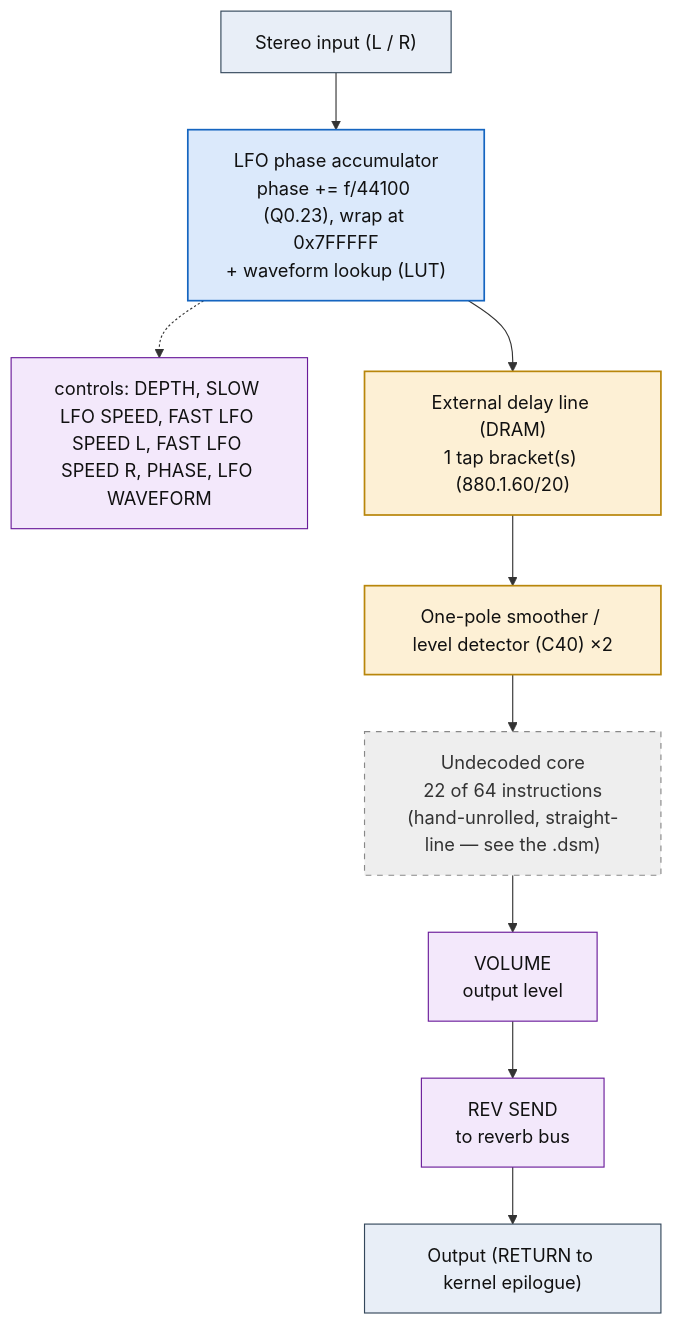
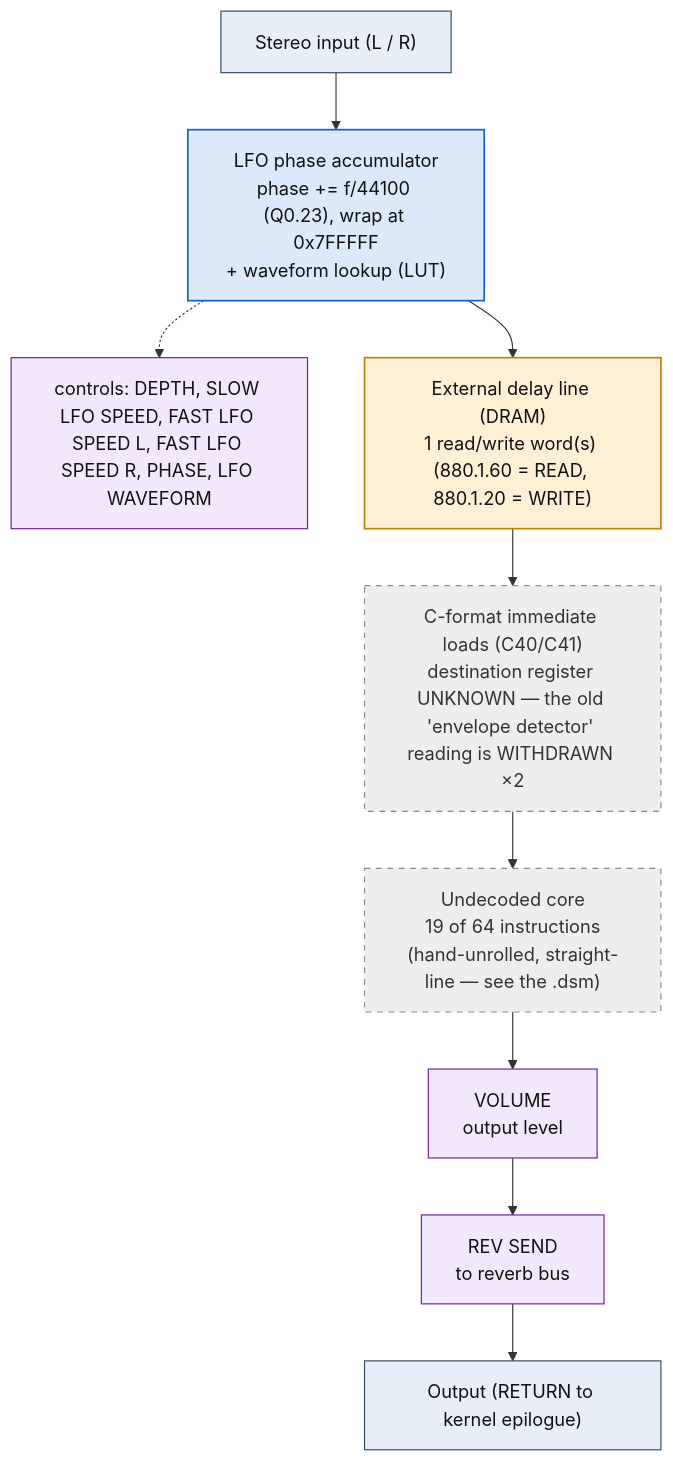
Before and after one commit to ArqueologiaDigital/KN5000-docs: the diagram in flowcharts/prog56_mix_up.md, drawn with Mermaid. The commit also changed other lines of this file and 38 other files, not shown here.

First line of the commit message:
flowcharts: withdraw the envelope-detector reading, decode the DRAM accesses

````diff
--- a/flowcharts/prog56_mix_up.md
+++ b/flowcharts/prog56_mix_up.md
@@ -19,32 +19,32 @@
 ```mermaid
 flowchart TD
     N0["Stereo input (L / R)"]
     N1["LFO phase accumulator<br/>phase += f/44100 (Q0.23), wrap at 0x7FFFFF<br/>+ waveform lookup (LUT)"]
     N0 --> N1
     N2["controls: DEPTH, SLOW LFO SPEED, FAST LFO SPEED L, FAST LFO SPEED R, PHASE, LFO WAVEFORM"]
     N1 -.-> N2
-    N3["External delay line (DRAM)<br/>1 tap bracket(s) (880.1.60/20)"]
+    N3["External delay line (DRAM)<br/>1 read/write word(s) (880.1.60 = READ, 880.1.20 = WRITE)"]
     N1 --> N3
-    N4["One-pole smoother / level detector (C40) &times;2"]
+    N4["C-format immediate loads (C40/C41)<br/>destination register UNKNOWN &mdash; the old 'envelope detector' reading is WITHDRAWN &times;2"]
     N3 --> N4
-    N5["Undecoded core<br/>22 of 64 instructions<br/>(hand-unrolled, straight-line &mdash; see the .dsm)"]
+    N5["Undecoded core<br/>19 of 64 instructions<br/>(hand-unrolled, straight-line &mdash; see the .dsm)"]
     N4 --> N5
     N6["VOLUME<br/>output level"]
     N5 --> N6
     N7["REV SEND<br/>to reverb bus"]
     N6 --> N7
     N8["Output (RETURN to kernel epilogue)"]
     N7 --> N8
 
     classDef io fill:#e8eef7,stroke:#33475b,stroke-width:1px,color:#111;
     classDef proven fill:#d7f0d7,stroke:#2e7d32,stroke-width:2px,color:#111;
     classDef measured fill:#dbe9fb,stroke:#1565c0,stroke-width:1.5px,color:#111;
     classDef inferred fill:#fdf0d5,stroke:#b8860b,stroke-width:1.5px,color:#111;
     classDef open fill:#eeeeee,stroke:#888,stroke-width:1px,color:#333,stroke-dasharray:5 5;
     classDef ctrl fill:#f3e8fb,stroke:#6a1b9a,stroke-width:1px,color:#111;
     class N0,N8 io;
     class N1 measured;
     class N2,N6,N7 ctrl;
-    class N3,N4 inferred;
-    class N5 open;
+    class N3 inferred;
+    class N4,N5 open;
 ```
````
